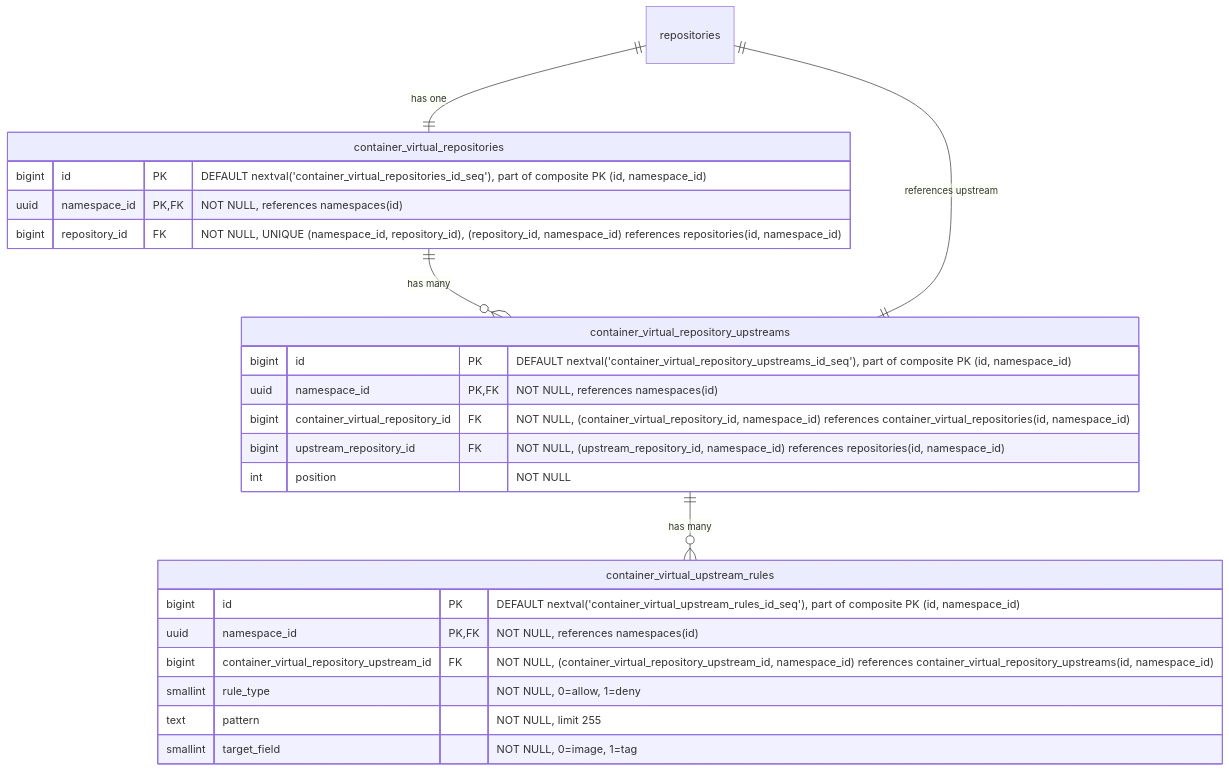
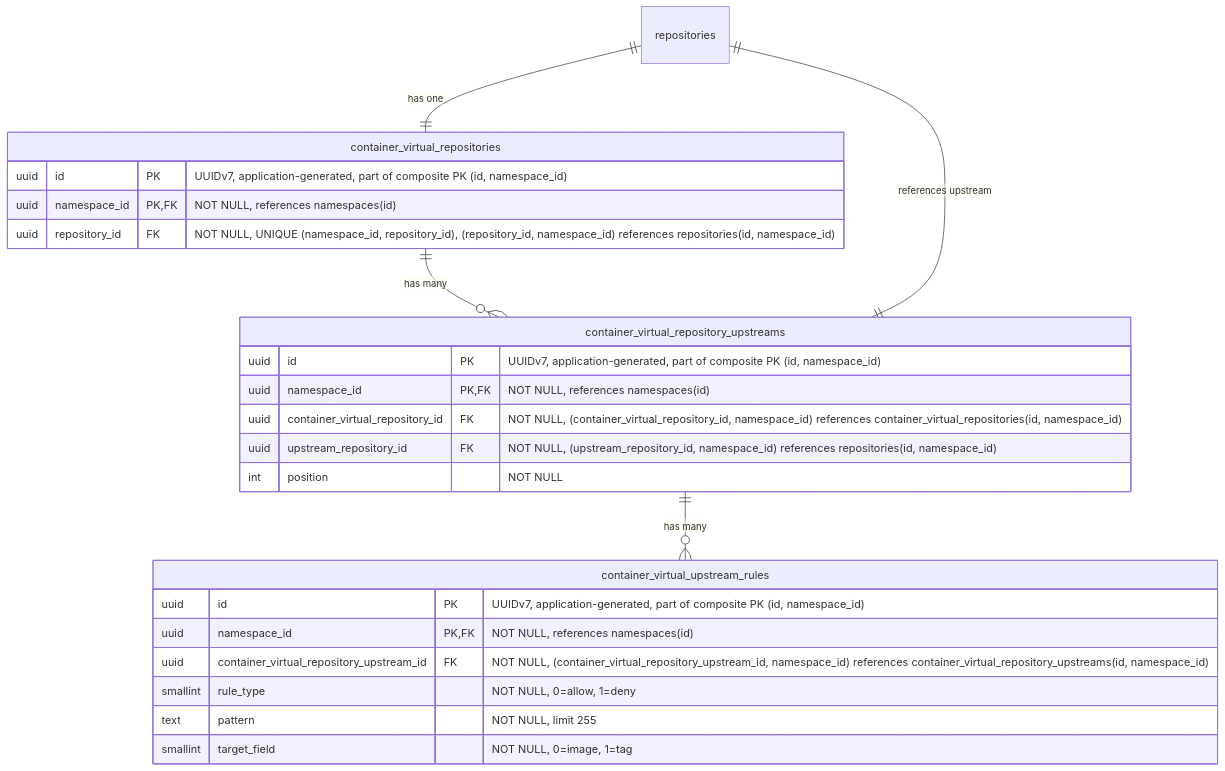
One commit to kyama0/gitlab-handbook-ja changed the ninth of 19 diagrams in content/handbook/engineering/architecture/design-documents/artifact_registry/decisions/007_database_schema.md. Above: the diagram before and after it, drawn with Mermaid. The commit also changed other lines of this file and 105 other files, not shown here.

````diff
--- a/content/handbook/engineering/architecture/design-documents/artifact_registry/decisions/007_database_schema.md
+++ b/content/handbook/engineering/architecture/design-documents/artifact_registry/decisions/007_database_schema.md
@@ -705,30 +717,30 @@
 ```mermaid
 erDiagram
     repositories ||--|| container_virtual_repositories : "has one"
     container_virtual_repositories ||--o{ container_virtual_repository_upstreams : "has many"
     container_virtual_repository_upstreams ||--|| repositories : "references upstream"
     container_virtual_repository_upstreams ||--o{ container_virtual_upstream_rules : "has many"
 
     container_virtual_repositories {
-        bigint id PK "DEFAULT nextval('container_virtual_repositories_id_seq'), part of composite PK (id, namespace_id)"
+        uuid id PK "UUIDv7, application-generated, part of composite PK (id, namespace_id)"
         uuid namespace_id PK,FK "NOT NULL, references namespaces(id)"
-        bigint repository_id FK "NOT NULL, UNIQUE (namespace_id, repository_id), (repository_id, namespace_id) references repositories(id, namespace_id)"
+        uuid repository_id FK "NOT NULL, UNIQUE (namespace_id, repository_id), (repository_id, namespace_id) references repositories(id, namespace_id)"
     }
 
     container_virtual_repository_upstreams {
-        bigint id PK "DEFAULT nextval('container_virtual_repository_upstreams_id_seq'), part of composite PK (id, namespace_id)"
+        uuid id PK "UUIDv7, application-generated, part of composite PK (id, namespace_id)"
         uuid namespace_id PK,FK "NOT NULL, references namespaces(id)"
-        bigint container_virtual_repository_id FK "NOT NULL, (container_virtual_repository_id, namespace_id) references container_virtual_repositories(id, namespace_id)"
-        bigint upstream_repository_id FK "NOT NULL, (upstream_repository_id, namespace_id) references repositories(id, namespace_id)"
+        uuid container_virtual_repository_id FK "NOT NULL, (container_virtual_repository_id, namespace_id) references container_virtual_repositories(id, namespace_id)"
+        uuid upstream_repository_id FK "NOT NULL, (upstream_repository_id, namespace_id) references repositories(id, namespace_id)"
         int position "NOT NULL"
     }
 
     container_virtual_upstream_rules {
-        bigint id PK "DEFAULT nextval('container_virtual_upstream_rules_id_seq'), part of composite PK (id, namespace_id)"
+        uuid id PK "UUIDv7, application-generated, part of composite PK (id, namespace_id)"
         uuid namespace_id PK,FK "NOT NULL, references namespaces(id)"
-        bigint container_virtual_repository_upstream_id FK "NOT NULL, (container_virtual_repository_upstream_id, namespace_id) references container_virtual_repository_upstreams(id, namespace_id)"
+        uuid container_virtual_repository_upstream_id FK "NOT NULL, (container_virtual_repository_upstream_id, namespace_id) references container_virtual_repository_upstreams(id, namespace_id)"
         smallint rule_type "NOT NULL, 0=allow, 1=deny"
         text pattern "NOT NULL, limit 255"
         smallint target_field "NOT NULL, 0=image, 1=tag"
     }
 ```
````
